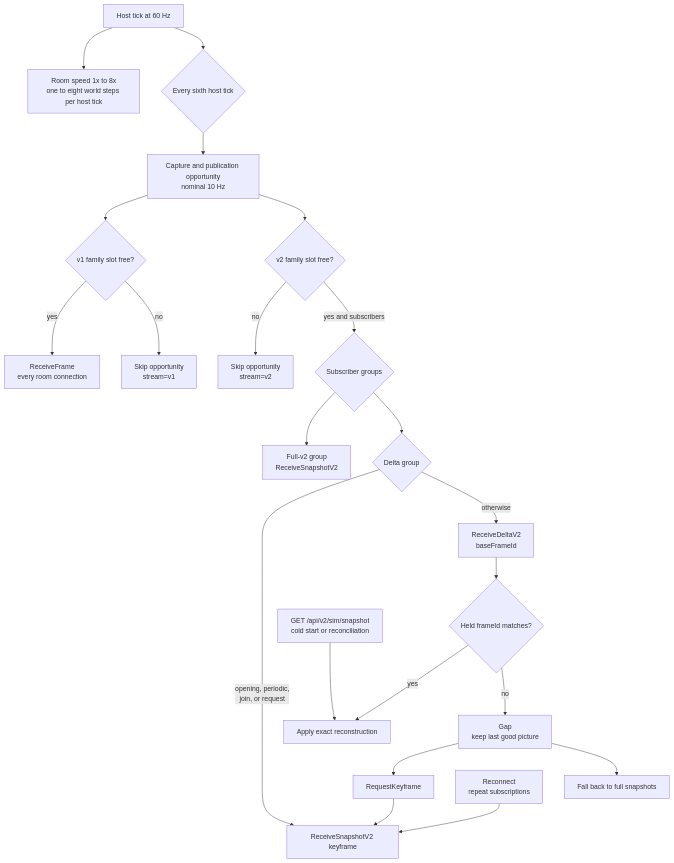
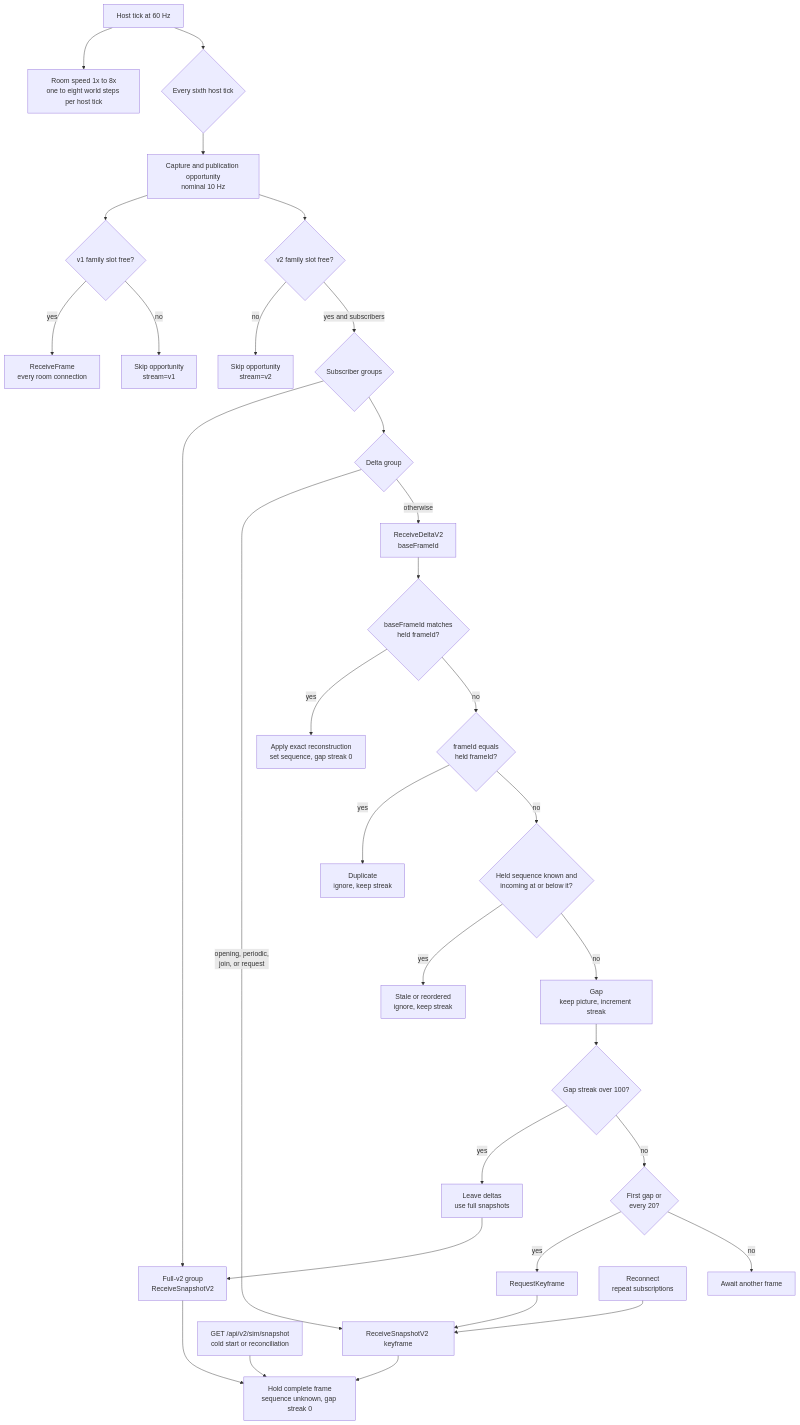
One commit to resq-software/viz changed the third of 3 diagrams in README.md. Above: the diagram before and after it, drawn with Mermaid. The commit also changed other lines of this file, not shown here.

Commit message:
docs: correct delta recovery semantics

````diff
--- a/README.md
+++ b/README.md
@@ -394,24 +394,34 @@
 ```mermaid
 flowchart TD
     HOST[Host tick at 60 Hz] --> SPEED[Room speed 1x to 8x<br/>one to eight world steps per host tick]
     HOST --> SIXTH{Every sixth host tick}
     SIXTH --> CAPTURE[Capture and publication opportunity<br/>nominal 10 Hz]
     CAPTURE --> V1SLOT{v1 family slot free?}
     CAPTURE --> V2SLOT{v2 family slot free?}
     V1SLOT -->|yes| V1[ReceiveFrame<br/>every room connection]
     V1SLOT -->|no| DROP1[Skip opportunity<br/>stream=v1]
     V2SLOT -->|no| DROP2[Skip opportunity<br/>stream=v2]
     V2SLOT -->|yes and subscribers| V2{Subscriber groups}
     V2 --> FULL[Full-v2 group<br/>ReceiveSnapshotV2]
     V2 --> DELTA{Delta group}
     DELTA -->|opening, periodic,<br/>join, or request| KEYFRAME[ReceiveSnapshotV2 keyframe]
     DELTA -->|otherwise| PATCH[ReceiveDeltaV2<br/>baseFrameId]
-    PATCH --> MATCH{Held frameId matches?}
-    MATCH -->|yes| APPLY[Apply exact reconstruction]
-    MATCH -->|no| HOLD[Gap<br/>keep last good picture]
-    HOLD --> REPAIR[RequestKeyframe]
+    FULL --> COMPLETE[Hold complete frame<br/>sequence unknown, gap streak 0]
+    KEYFRAME --> COMPLETE
+    PATCH --> MATCH{baseFrameId matches<br/>held frameId?}
+    MATCH -->|yes| APPLY[Apply exact reconstruction<br/>set sequence, gap streak 0]
+    MATCH -->|no| DUP{frameId equals<br/>held frameId?}
+    DUP -->|yes| IGNORE1[Duplicate<br/>ignore, keep streak]
+    DUP -->|no| OLD{Held sequence known and<br/>incoming at or below it?}
+    OLD -->|yes| IGNORE2[Stale or reordered<br/>ignore, keep streak]
+    OLD -->|no| GAP[Gap<br/>keep picture, increment streak]
+    GAP --> LIMIT{Gap streak over 100?}
+    LIMIT -->|yes| FALLBACK[Leave deltas<br/>use full snapshots]
+    FALLBACK --> FULL
+    LIMIT -->|no| PACE{First gap or<br/>every 20?}
+    PACE -->|yes| REPAIR[RequestKeyframe]
+    PACE -->|no| WAIT[Await another frame]
     REPAIR --> KEYFRAME
-    HOLD --> FALLBACK[Fall back to full snapshots]
     RECONNECT[Reconnect<br/>repeat subscriptions] --> KEYFRAME
-    REST[GET /api/v2/sim/snapshot<br/>cold start or reconciliation] --> APPLY
+    REST[GET /api/v2/sim/snapshot<br/>cold start or reconciliation] --> COMPLETE
 ```
````
